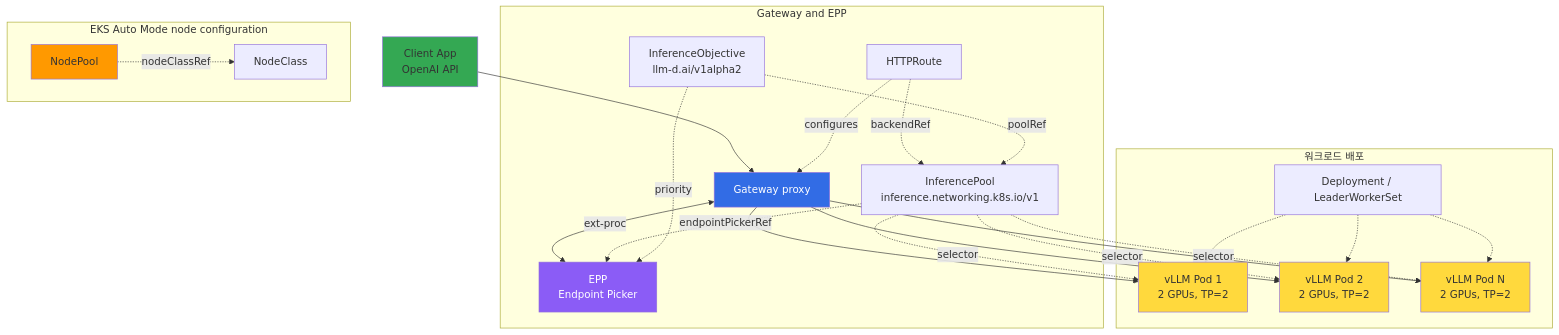
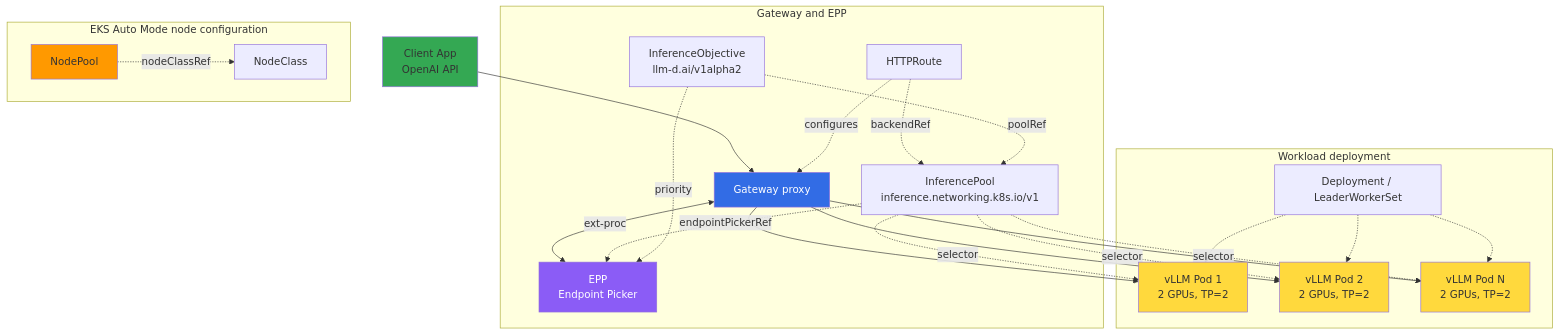
The third of 3 diagrams in docs/agentic-ai-platform/model-serving/inference-optimization/kv-cache-optimization.md (devfloor9/engineering-playbook), drawn with Mermaid before and after one commit. The commit also changed other lines of this file and 954 other files, not shown here.

````diff
--- a/docs/agentic-ai-platform/model-serving/inference-optimization/kv-cache-optimization.md
+++ b/docs/agentic-ai-platform/model-serving/inference-optimization/kv-cache-optimization.md
@@ -185,45 +177,45 @@
 ```mermaid
 flowchart TB
     CLIENT[Client App<br/>OpenAI API]
     subgraph Routing["Gateway and EPP"]
         GW[Gateway proxy]
         EPP[EPP<br/>Endpoint Picker]
         HR[HTTPRoute]
         IP[InferencePool<br/>inference.networking.k8s.io/v1]
         IO[InferenceObjective<br/>llm-d.ai/v1alpha2]
     end
-    subgraph Workload["워크로드 배포"]
+    subgraph Workload["Workload deployment"]
         DEP[Deployment / LeaderWorkerSet]
         V1[vLLM Pod 1<br/>2 GPUs, TP=2]
         V2[vLLM Pod 2<br/>2 GPUs, TP=2]
         VN[vLLM Pod N<br/>2 GPUs, TP=2]
     end
     subgraph Nodes["EKS Auto Mode node configuration"]
         NP[NodePool]
         NC[NodeClass]
     end
     CLIENT --> GW
     GW <-->|ext-proc| EPP
     GW --> V1
     GW --> V2
     GW --> VN
     HR -.->|configures| GW
     HR -.->|backendRef| IP
     IP -.->|endpointPickerRef| EPP
     IP -.->|selector| V1
     IP -.->|selector| V2
     IP -.->|selector| VN
     IO -.->|poolRef| IP
     IO -.->|priority| EPP
     DEP -.-> V1
     DEP -.-> V2
     DEP -.-> VN
     NP -.->|nodeClassRef| NC
     style CLIENT fill:#34a853
     style GW fill:#326ce5,color:#fff
     style EPP fill:#8b5cf6,color:#fff
     style V1 fill:#ffd93d
     style V2 fill:#ffd93d
     style VN fill:#ffd93d
     style NP fill:#ff9900
 ```
````
